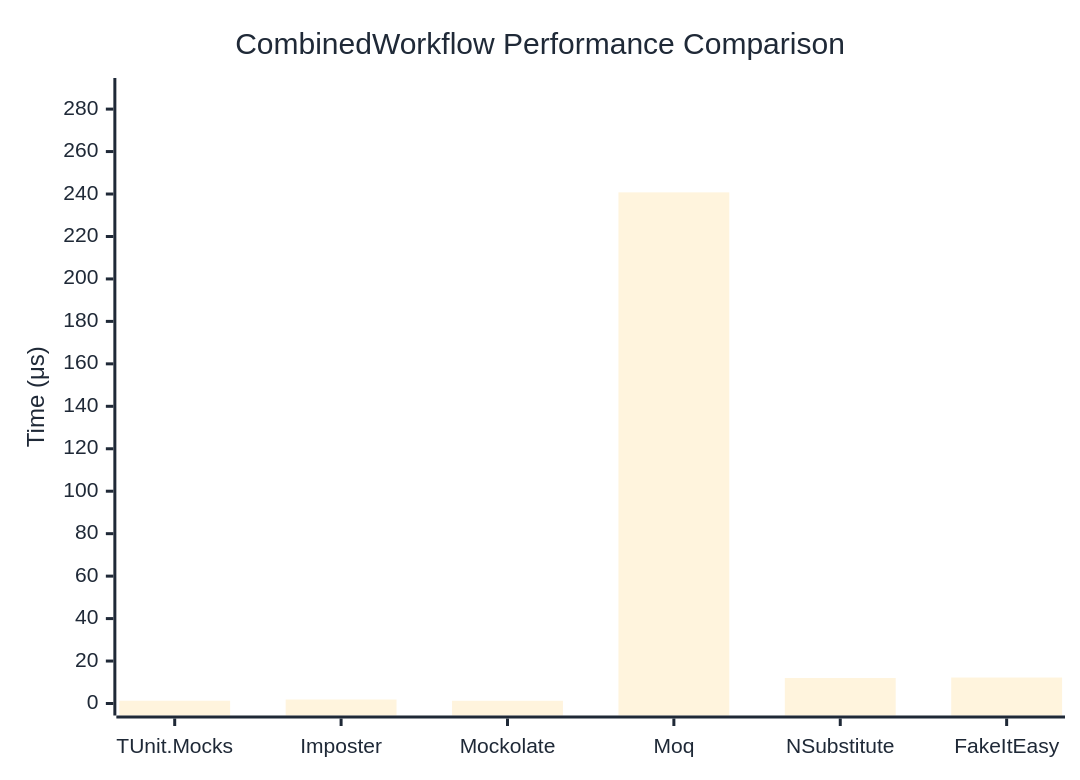
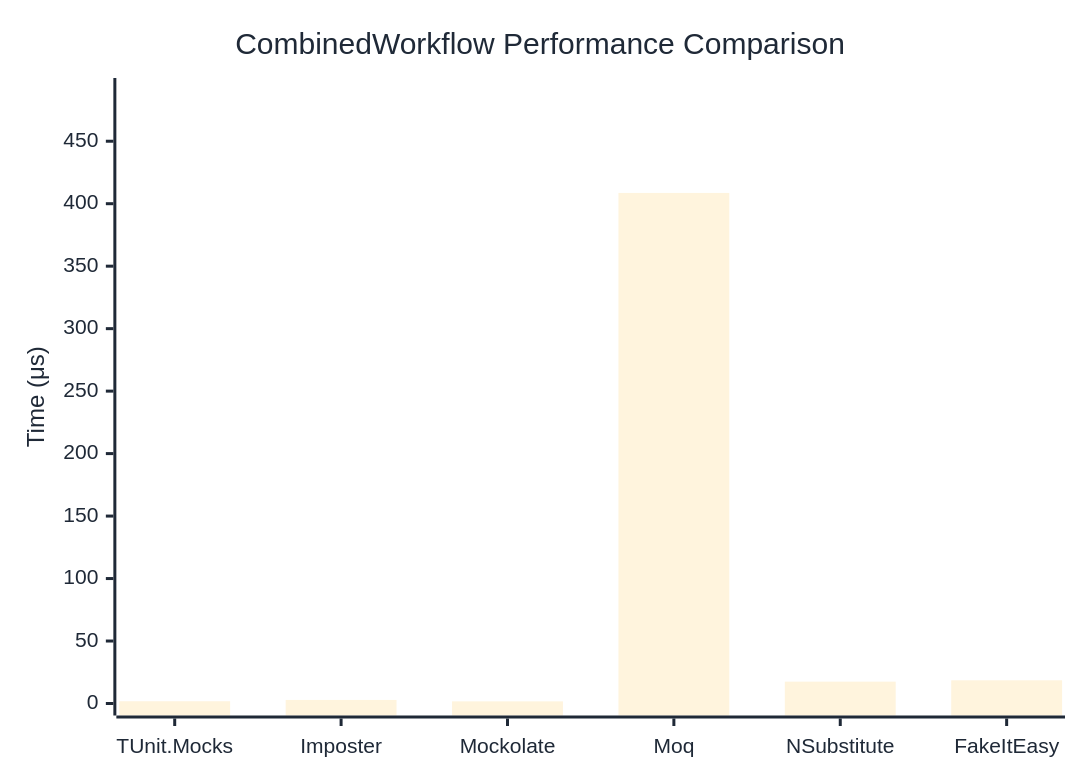
Before and after one commit to thomhurst/TUnit: the diagram in docs/docs/benchmarks/mocks/CombinedWorkflow.md, drawn with Mermaid. The commit also changed other lines of this file and 14 other files, not shown here.

````diff
--- a/docs/docs/benchmarks/mocks/CombinedWorkflow.md
+++ b/docs/docs/benchmarks/mocks/CombinedWorkflow.md
@@ -28,27 +28,27 @@
 ```mermaid
 %%{init: {
   'theme':'base',
   'themeVariables': {
     'primaryColor': '#2563eb',
     'primaryTextColor': '#1f2937',
     'primaryBorderColor': '#1e40af',
     'lineColor': '#6b7280',
     'secondaryColor': '#7c3aed',
     'tertiaryColor': '#dc2626',
     'background': '#ffffff',
     'pie1': '#2563eb',
     'pie2': '#7c3aed',
     'pie3': '#dc2626',
     'pie4': '#f59e0b',
     'pie5': '#10b981',
     'pie6': '#06b6d4',
     'pie7': '#ec4899',
     'pie8': '#6366f1'
   }
 }}%%
 xychart-beta
   title "CombinedWorkflow Performance Comparison"
   x-axis ["TUnit.Mocks", "Imposter", "Mockolate", "Moq", "NSubstitute", "FakeItEasy"]
-  y-axis "Time (μs)" 0 --> 289
-  bar [1.307, 1.88, 1.28, 240.78, 12.019, 12.238]
+  y-axis "Time (μs)" 0 --> 491
+  bar [1.807, 2.848, 1.712, 408.613, 17.499, 18.553]
 ```
````
